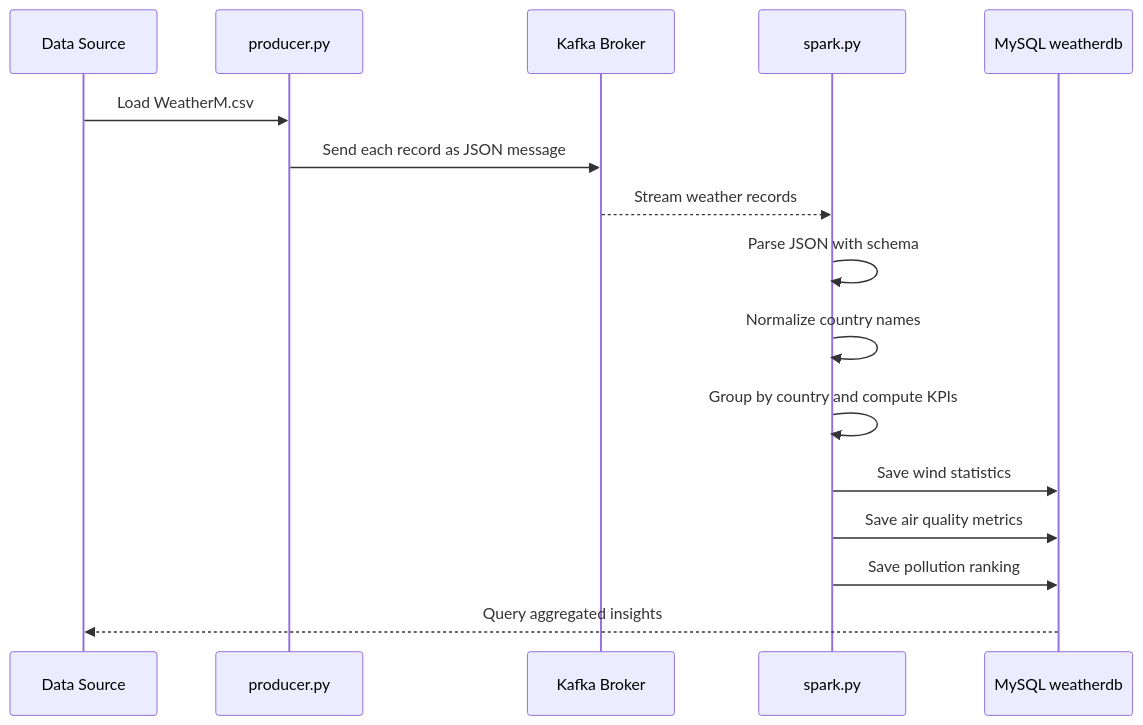
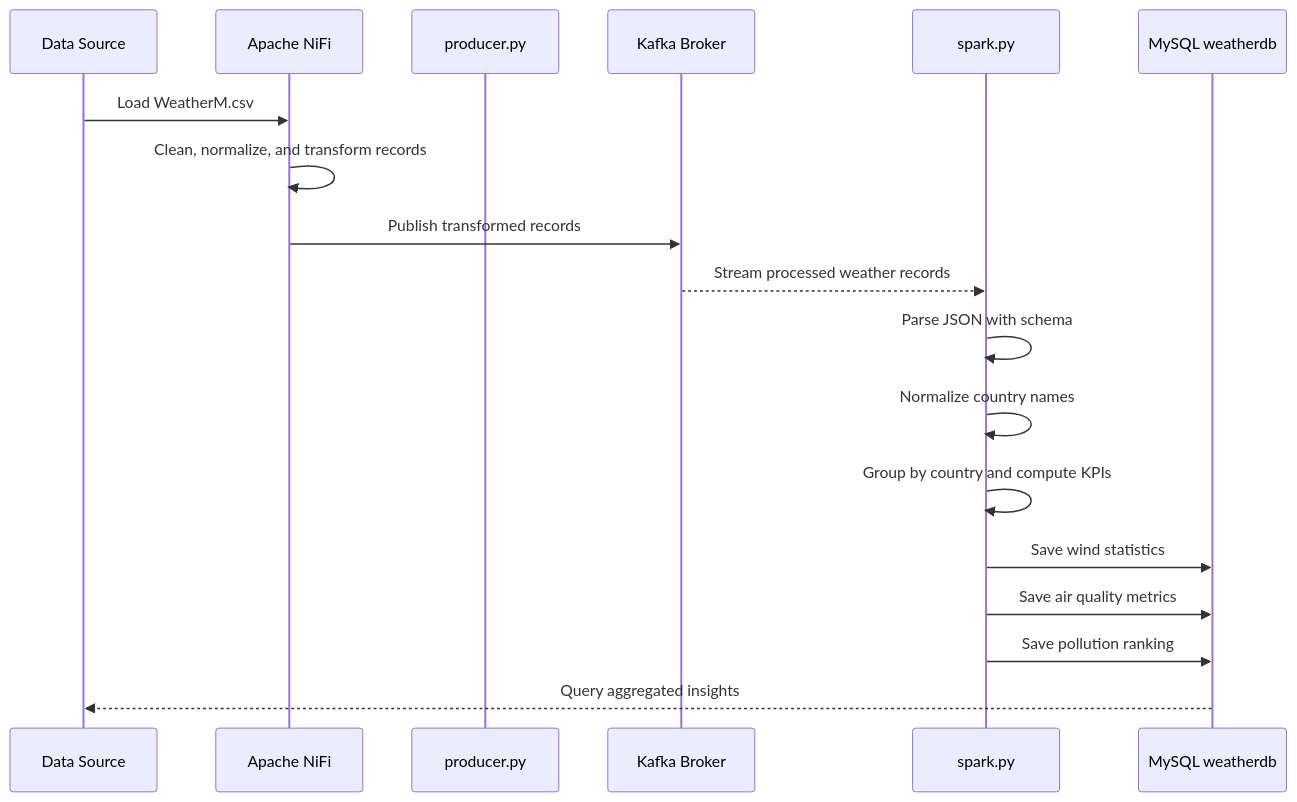
One commit to seif-mohamed-kamal/Big_Data changed the third of 3 diagrams in README.md. Above: the diagram before and after it, drawn with Mermaid. The commit also changed other lines of this file, not shown here.

Commit message:
Update README to reflect Apache NiFi transformation stage in the architecture and workflow

````diff
--- a/README.md
+++ b/README.md
@@ -89,19 +102,21 @@
 ```mermaid
 sequenceDiagram
     participant User as Data Source
+    participant NiFi as Apache NiFi
     participant Producer as producer.py
     participant Kafka as Kafka Broker
     participant Spark as spark.py
     participant MySQL as MySQL weatherdb
 
-    User->>Producer: Load WeatherM.csv
-    Producer->>Kafka: Send each record as JSON message
-    Kafka-->>Spark: Stream weather records
+    User->>NiFi: Load WeatherM.csv
+    NiFi->>NiFi: Clean, normalize, and transform records
+    NiFi->>Kafka: Publish transformed records
+    Kafka-->>Spark: Stream processed weather records
     Spark->>Spark: Parse JSON with schema
     Spark->>Spark: Normalize country names
     Spark->>Spark: Group by country and compute KPIs
     Spark->>MySQL: Save wind statistics
     Spark->>MySQL: Save air quality metrics
     Spark->>MySQL: Save pollution ranking
     MySQL-->>User: Query aggregated insights
 ```
````
